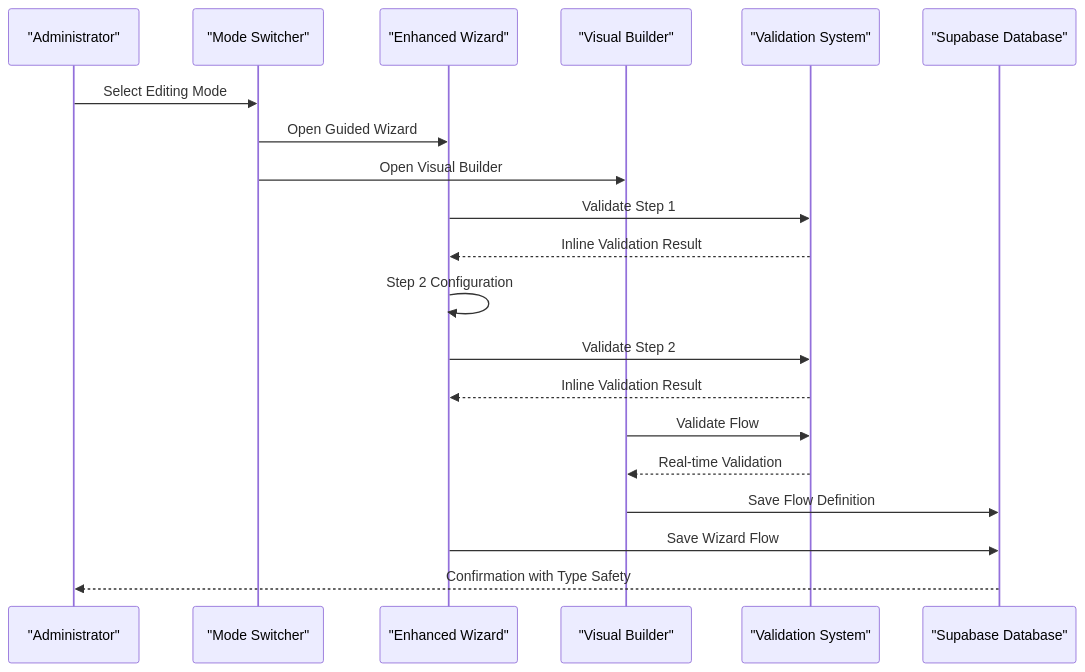
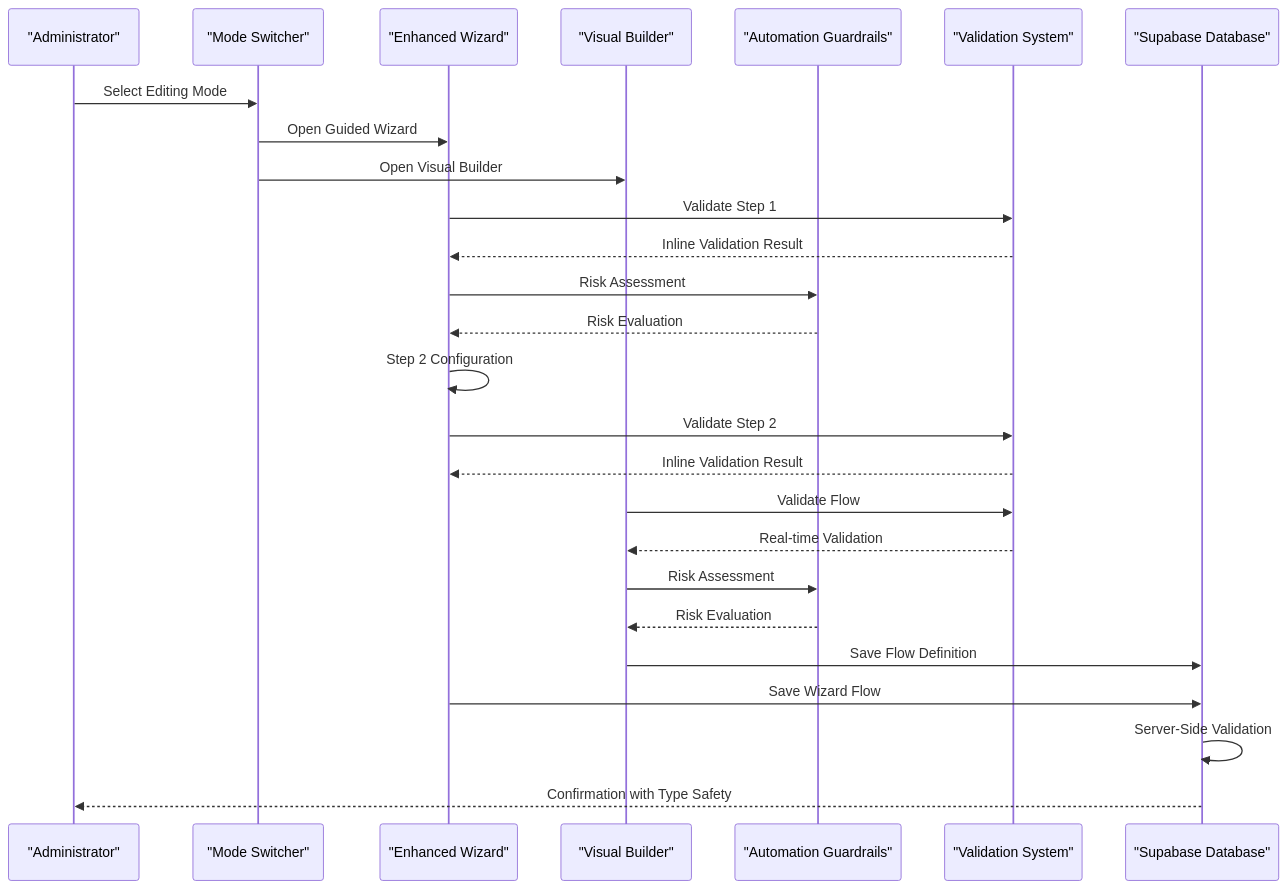
One commit to gastaldellomarco/pcReady changed the second of 8 diagrams in .qoder/repowiki/en/content/Automation System/Automation System.md. Above: the diagram before and after it, drawn with Mermaid. The commit also changed other lines of this file and 12 other files, not shown here.

````diff
--- a/.qoder/repowiki/en/content/Automation System/Automation System.md
+++ b/.qoder/repowiki/en/content/Automation System/Automation System.md
@@ -169,22 +191,28 @@
 ```mermaid
 sequenceDiagram
 participant Admin as "Administrator"
 participant ModeSwitch as "Mode Switcher"
 participant Wizard as "Enhanced Wizard"
 participant Builder as "Visual Builder"
+participant Guardrails as "Automation Guardrails"
 participant Validator as "Validation System"
 participant DB as "Supabase Database"
 Admin->>ModeSwitch : Select Editing Mode
 ModeSwitch->>Wizard : Open Guided Wizard
 ModeSwitch->>Builder : Open Visual Builder
 Wizard->>Validator : Validate Step 1
 Validator-->>Wizard : Inline Validation Result
+Wizard->>Guardrails : Risk Assessment
+Guardrails-->>Wizard : Risk Evaluation
 Wizard->>Wizard : Step 2 Configuration
 Wizard->>Validator : Validate Step 2
 Validator-->>Wizard : Inline Validation Result
 Builder->>Validator : Validate Flow
 Validator-->>Builder : Real-time Validation
+Builder->>Guardrails : Risk Assessment
+Guardrails-->>Builder : Risk Evaluation
 Builder->>DB : Save Flow Definition
 Wizard->>DB : Save Wizard Flow
+DB->>DB : Server-Side Validation
 DB-->>Admin : Confirmation with Type Safety
 ```
````
